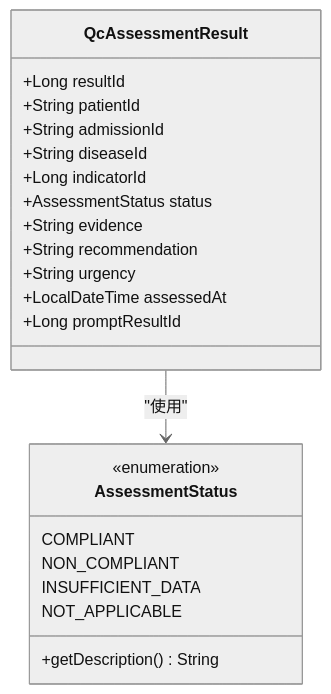
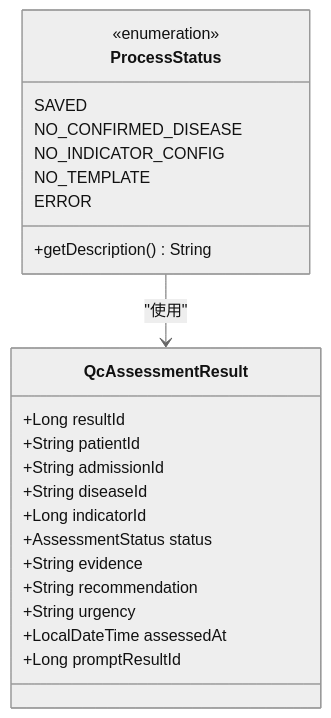
Before and after one commit to liuzh2008/med_ai_assistant_workspace: the sixth of 11 diagrams in .qoder/repowiki/zh/content/QC评估引擎.md, drawn with Mermaid (neutral theme). The commit also changed other lines of this file and 5 other files, not shown here.

````diff
--- a/.qoder/repowiki/zh/content/QC评估引擎.md
+++ b/.qoder/repowiki/zh/content/QC评估引擎.md
@@ -398,25 +397,26 @@
 ```mermaid
 classDiagram
-class AssessmentStatus {
+class ProcessStatus {
 <<enumeration>>
-COMPLIANT
-NON_COMPLIANT
-INSUFFICIENT_DATA
-NOT_APPLICABLE
+SAVED
+NO_CONFIRMED_DISEASE
+NO_INDICATOR_CONFIG
+NO_TEMPLATE
+ERROR
 +getDescription() String
 }
 class QcAssessmentResult {
 +Long resultId
 +String patientId
 +String admissionId
 +String diseaseId
 +Long indicatorId
 +AssessmentStatus status
 +String evidence
 +String recommendation
 +String urgency
 +LocalDateTime assessedAt
 +Long promptResultId
 }
-QcAssessmentResult --> AssessmentStatus : "使用"
+ProcessStatus --> QcAssessmentResult : "使用"
 ```
````
